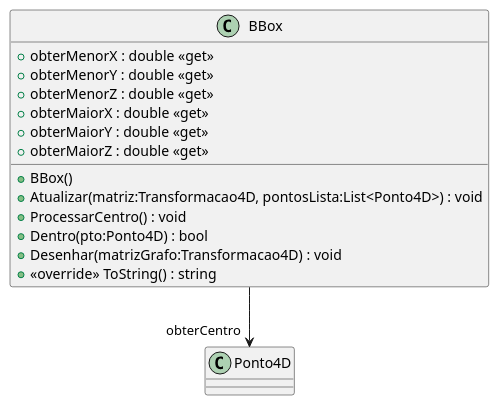
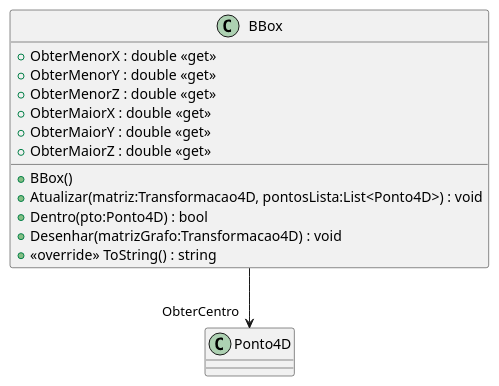
Before and after one commit to gcgfurb/disciplinaCg_2024-1_mat_equipe-01: the diagram in CG_Biblioteca/plantuml/BBox.puml, drawn with PlantUML. The commit also changed 68 other files, not shown here.

```diff
--- a/CG_Biblioteca/plantuml/BBox.puml
+++ b/CG_Biblioteca/plantuml/BBox.puml
@@ -1,17 +1,16 @@
 @startuml
 class BBox {
     + BBox()
     + Atualizar(matriz:Transformacao4D, pontosLista:List<Ponto4D>) : void
-    + ProcessarCentro() : void
     + Dentro(pto:Ponto4D) : bool
-    + obterMenorX : double <<get>>
-    + obterMenorY : double <<get>>
-    + obterMenorZ : double <<get>>
-    + obterMaiorX : double <<get>>
-    + obterMaiorY : double <<get>>
-    + obterMaiorZ : double <<get>>
+    + ObterMenorX : double <<get>>
+    + ObterMenorY : double <<get>>
+    + ObterMenorZ : double <<get>>
+    + ObterMaiorX : double <<get>>
+    + ObterMaiorY : double <<get>>
+    + ObterMaiorZ : double <<get>>
     + Desenhar(matrizGrafo:Transformacao4D) : void
     + <<override>> ToString() : string
 }
-BBox --> "obterCentro" Ponto4D
+BBox --> "ObterCentro" Ponto4D
 @enduml
```
